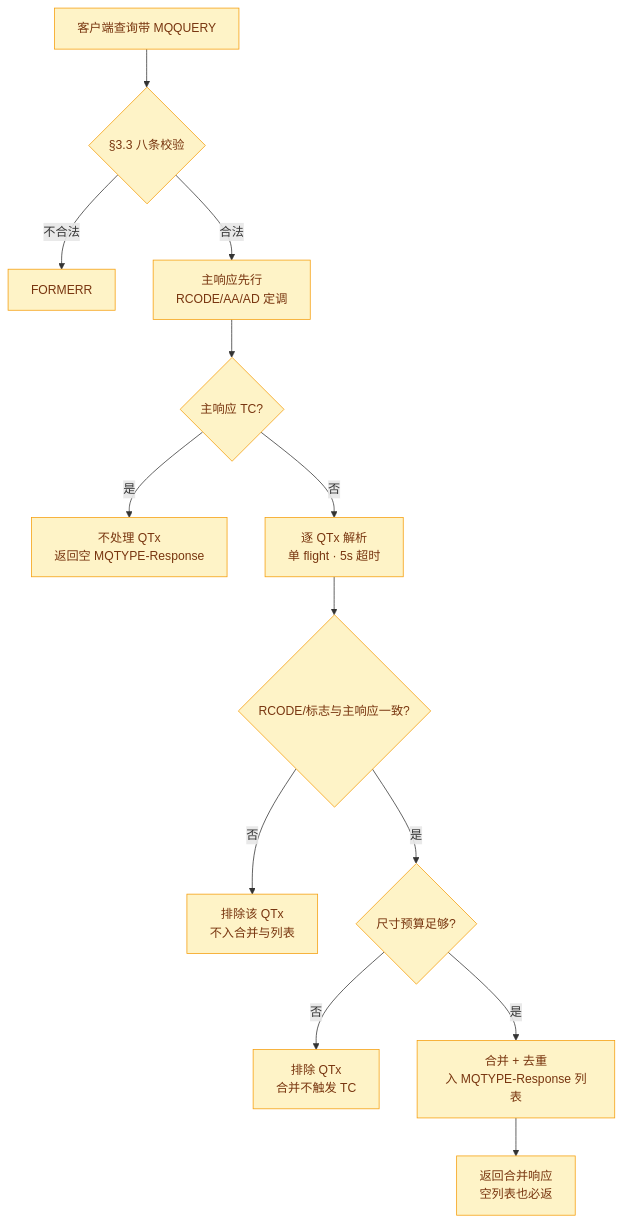
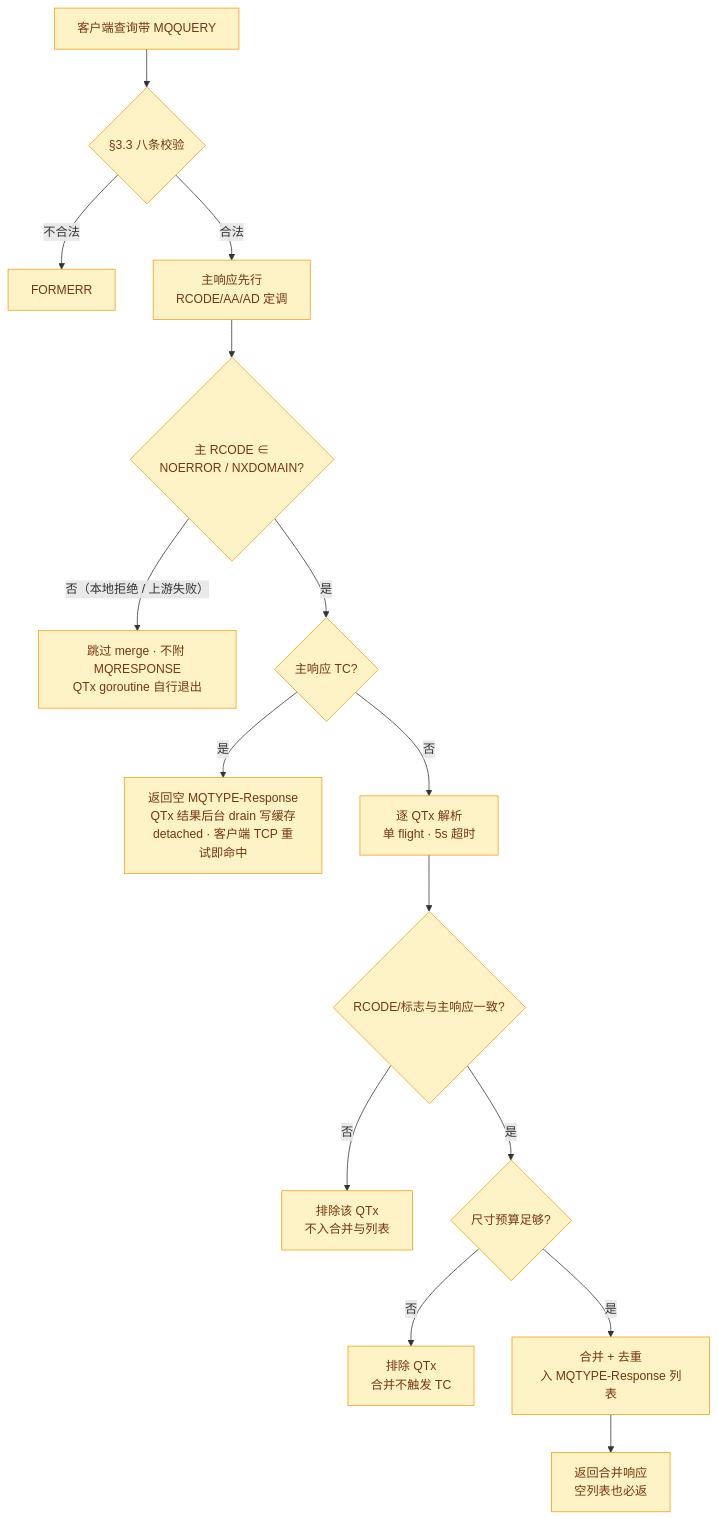
Before and after one commit to hezhijie0327/ZJDNS: the sixth of 37 diagrams in docs/FLOWCHARTS.md, drawn with Mermaid. The commit also changed other lines of this file and 10 other files, not shown here.

````diff
--- a/docs/FLOWCHARTS.md
+++ b/docs/FLOWCHARTS.md
@@ -161,17 +161,19 @@
 ```mermaid
 graph TD
     S1[客户端查询带 MQQUERY] --> S2{§3.3 八条校验}
     S2 -->|不合法| S3[FORMERR]
     S2 -->|合法| S4[主响应先行<br/>RCODE/AA/AD 定调]
-    S4 --> S5{主响应 TC?}
-    S5 -->|是| S6[不处理 QTx<br/>返回空 MQTYPE-Response]
+    S4 --> S5B{"主 RCODE ∈<br/>NOERROR / NXDOMAIN?"}
+    S5B -->|"否（本地拒绝 / 上游失败）"| S5X[跳过 merge · 不附 MQRESPONSE<br/>QTx goroutine 自行退出]
+    S5B -->|是| S5{主响应 TC?}
+    S5 -->|是| S6[返回空 MQTYPE-Response<br/>QTx 结果后台 drain 写缓存<br/>detached · 客户端 TCP 重试即命中]
     S5 -->|否| S7[逐 QTx 解析<br/>单 flight · 5s 超时]
     S7 --> S8{RCODE/标志与主响应一致?}
     S8 -->|否| S9[排除该 QTx<br/>不入合并与列表]
     S8 -->|是| S10{尺寸预算足够?}
     S10 -->|否| S11[排除 QTx<br/>合并不触发 TC]
     S10 -->|是| S12[合并 + 去重<br/>入 MQTYPE-Response 列表]
     S12 --> S13[返回合并响应<br/>空列表也必返]
     classDef sv fill:#fef3c7,stroke:#f59e0b,color:#78350f
-    class S1,S2,S3,S4,S5,S6,S7,S8,S9,S10,S11,S12,S13 sv
+    class S1,S2,S3,S4,S5,S5B,S5X,S6,S7,S8,S9,S10,S11,S12,S13 sv
 ```
````
